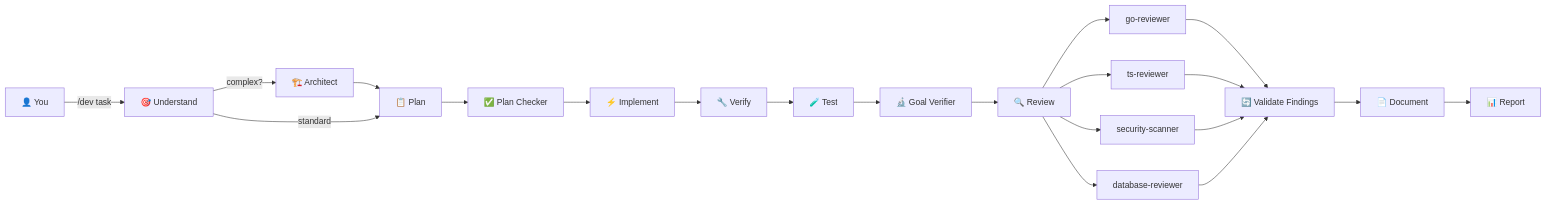
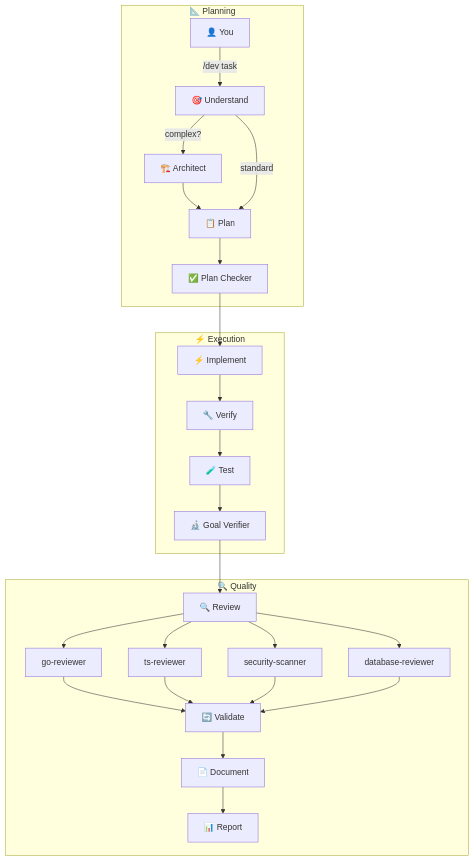
One commit to RaNDoM6913/claude-code-superkit changed the diagram in README.md. Above: the diagram before and after it, drawn with Mermaid.

Commit message:
🎨 style: redesign mermaid diagram — vertical layout with subgraphs
Horizontal LR diagram was too wide and unreadable on GitHub.
Switched to TD (top-down) with 3 logical subgraphs: Planning, Execution, Quality.

````diff
--- a/README.md
+++ b/README.md
@@ -90,20 +90,29 @@
 ```mermaid
-graph LR
-    A["👤 You"] -->|"/dev task"| B["🎯 Understand"]
-    B -->|"complex?"| B1["🏗️ Architect"]
-    B1 --> C["📋 Plan"]
-    B -->|"standard"| C
-    C --> C1["✅ Plan Checker"]
-    C1 --> D["⚡ Implement"]
-    D --> E["🔧 Verify"]
-    E --> F["🧪 Test"]
-    F --> F1["🔬 Goal Verifier"]
-    F1 --> G["🔍 Review"]
-    G --> H["go-reviewer"]
-    G --> I["ts-reviewer"]
-    G --> J["security-scanner"]
-    G --> K["database-reviewer"]
-    H & I & J & K --> L["🔄 Validate Findings"]
-    L --> M["📄 Document"]
-    M --> N["📊 Report"]
+graph TD
+    subgraph planning ["📐 Planning"]
+        A["👤 You"] -->|"/dev task"| B["🎯 Understand"]
+        B -->|"complex?"| B1["🏗️ Architect"]
+        B1 --> C["📋 Plan"]
+        B -->|"standard"| C
+        C --> C1["✅ Plan Checker"]
+    end
+
+    subgraph execution ["⚡ Execution"]
+        D["⚡ Implement"] --> E["🔧 Verify"]
+        E --> F["🧪 Test"]
+        F --> F1["🔬 Goal Verifier"]
+    end
+
+    subgraph quality ["🔍 Quality"]
+        G["🔍 Review"] --> H["go-reviewer"]
+        G --> I["ts-reviewer"]
+        G --> J["security-scanner"]
+        G --> K["database-reviewer"]
+        H & I & J & K --> L["🔄 Validate"]
+        L --> M["📄 Document"]
+        M --> N["📊 Report"]
+    end
+
+    C1 --> D
+    F1 --> G
 ```
````
